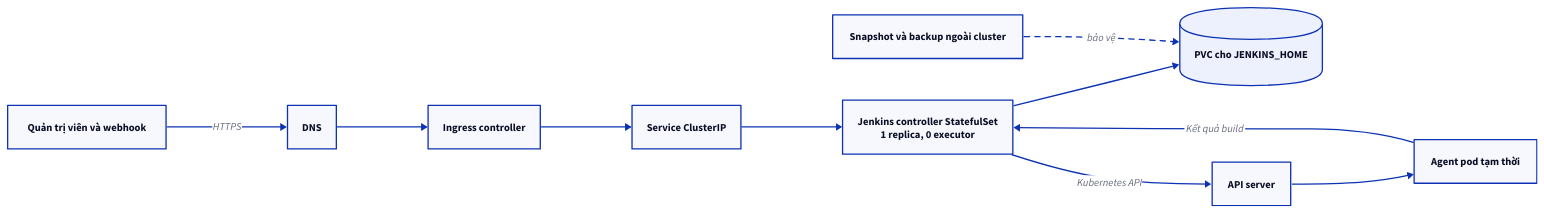
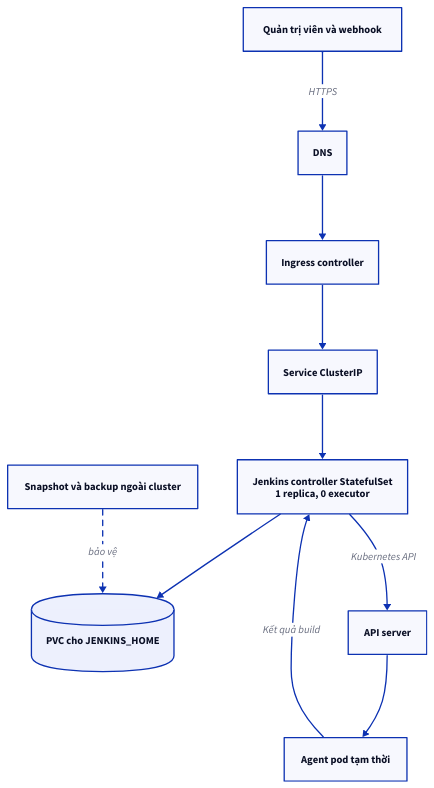
The diagram in content/docs/installation/kubernetes.mdx (vanhiep99w/jenkins-learn), drawn with D2 before and after one commit. The commit also changed 62 other files, not shown here.

Commit message:
fix: improve diagram layouts and inline readability

````diff
--- a/content/docs/installation/kubernetes.mdx
+++ b/content/docs/installation/kubernetes.mdx
@@ -75,24 +75,24 @@
-```d2 title="Kiến trúc mục tiêu"
-direction: right
+```d2 title="Kiến trúc mục tiêu" layout=tala
+direction: down
 U: "Quản trị viên và webhook"
 D: "DNS"
 I: "Ingress controller"
 S: "Service ClusterIP"
 C: "Jenkins controller StatefulSet\n1 replica, 0 executor"
 P: "PVC cho JENKINS_HOME" {
   shape: cylinder
 }
 K: "API server"
 A: "Agent pod tạm thời"
 B: "Snapshot và backup ngoài cluster"
 
 U -> D: "HTTPS"
 D -> I
 I -> S
 S -> C
 C -> P
 C -> K: "Kubernetes API"
 K -> A
 A -> C: "Kết quả build"
 B -> P: "bảo vệ" {style.stroke-dash: 4}
 ```
````
